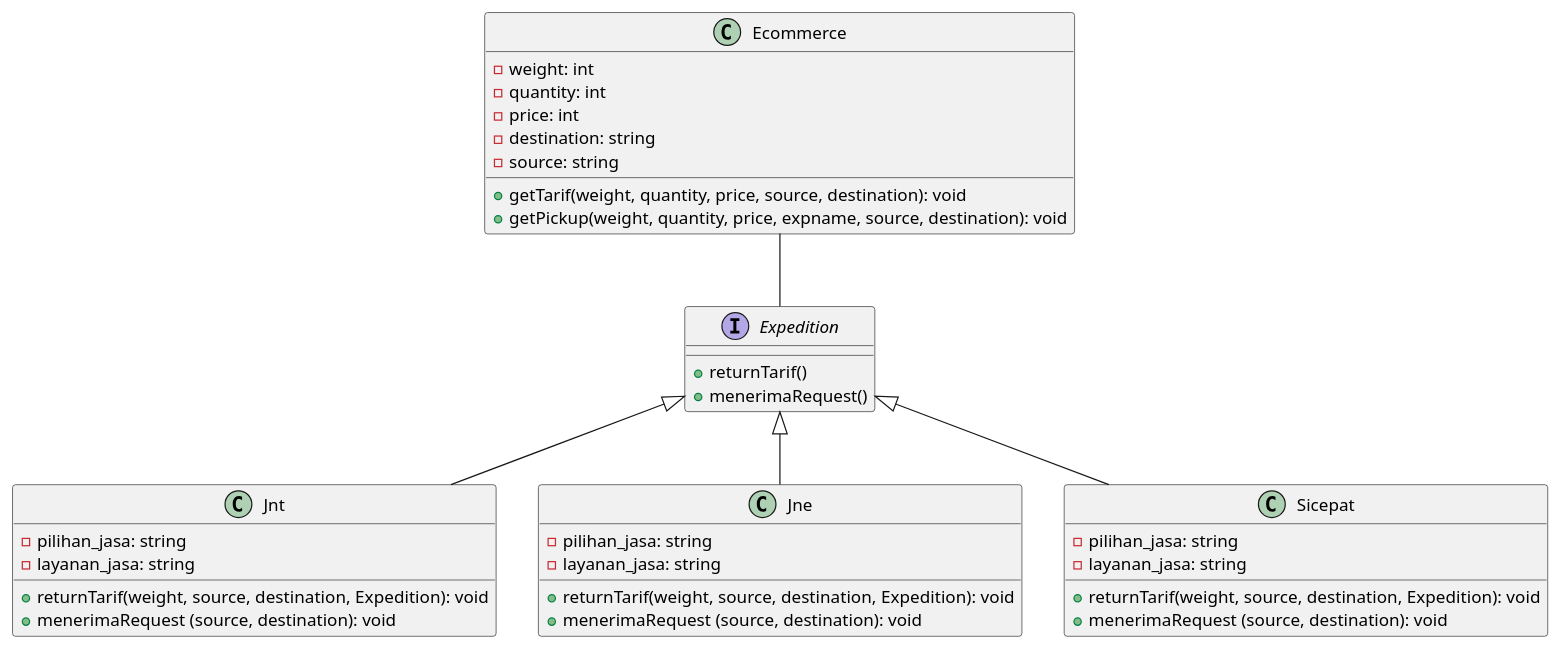
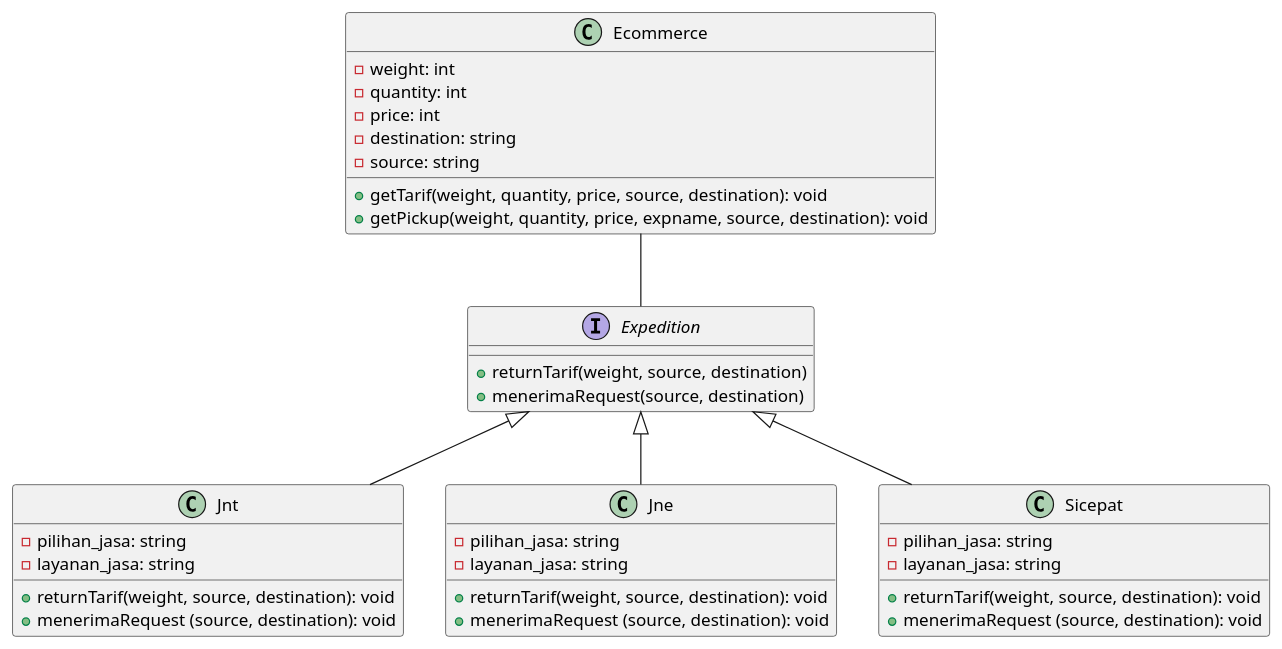
Before and after one commit to farhanzakiputra/pbpu-a-2022: the diagram in Kelompok 3/main.puml, drawn with PlantUML.

Commit message:
Interface revision

```diff
--- a/Kelompok 3/main.puml
+++ b/Kelompok 3/main.puml
@@ -1,46 +1,46 @@
 @startuml Main
 
 Ecommerce --  Expedition
 Expedition <|-- Jnt
 Expedition <|-- Jne
 Expedition <|-- Sicepat
 class Ecommerce {
     - weight: int
     - quantity: int
     - price: int
     - destination: string
     - source: string
     + getTarif(weight, quantity, price, source, destination): void
     + getPickup(weight, quantity, price, expname, source, destination): void
 }
 
 interface Expedition {
-    +returnTarif()
-    +menerimaRequest()
+    +returnTarif(weight, source, destination)
+    +menerimaRequest(source, destination)
 }
 
 class Jne {
     - pilihan_jasa: string
     - layanan_jasa: string
-    + returnTarif(weight, source, destination, Expedition): void
+    + returnTarif(weight, source, destination): void
     + menerimaRequest (source, destination): void
 }
 
 class Jnt {
     - pilihan_jasa: string
     - layanan_jasa: string
-    + returnTarif(weight, source, destination, Expedition): void
+    + returnTarif(weight, source, destination): void
     + menerimaRequest (source, destination): void
 }
 
 class Sicepat {
     - pilihan_jasa: string
     - layanan_jasa: string
-    + returnTarif(weight, source, destination, Expedition): void
+    + returnTarif(weight, source, destination): void
     + menerimaRequest (source, destination): void
 }
 
 
 
 
 @enduml
```
